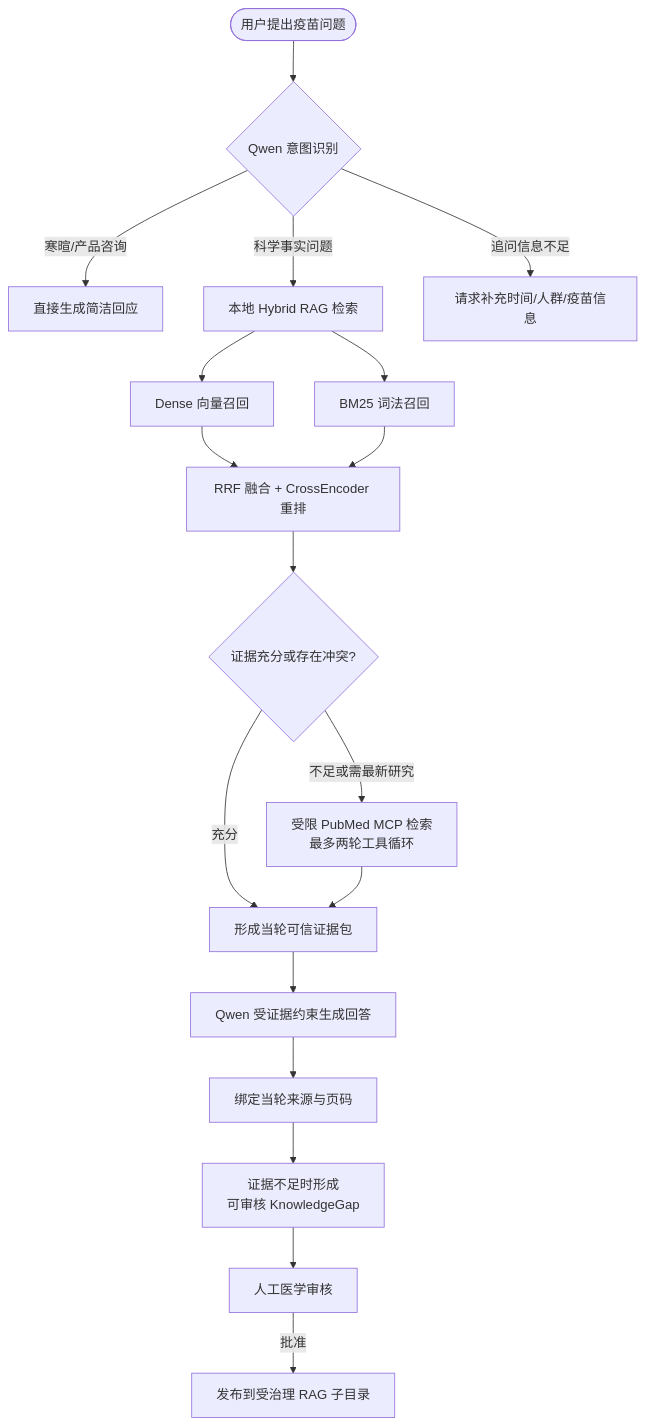
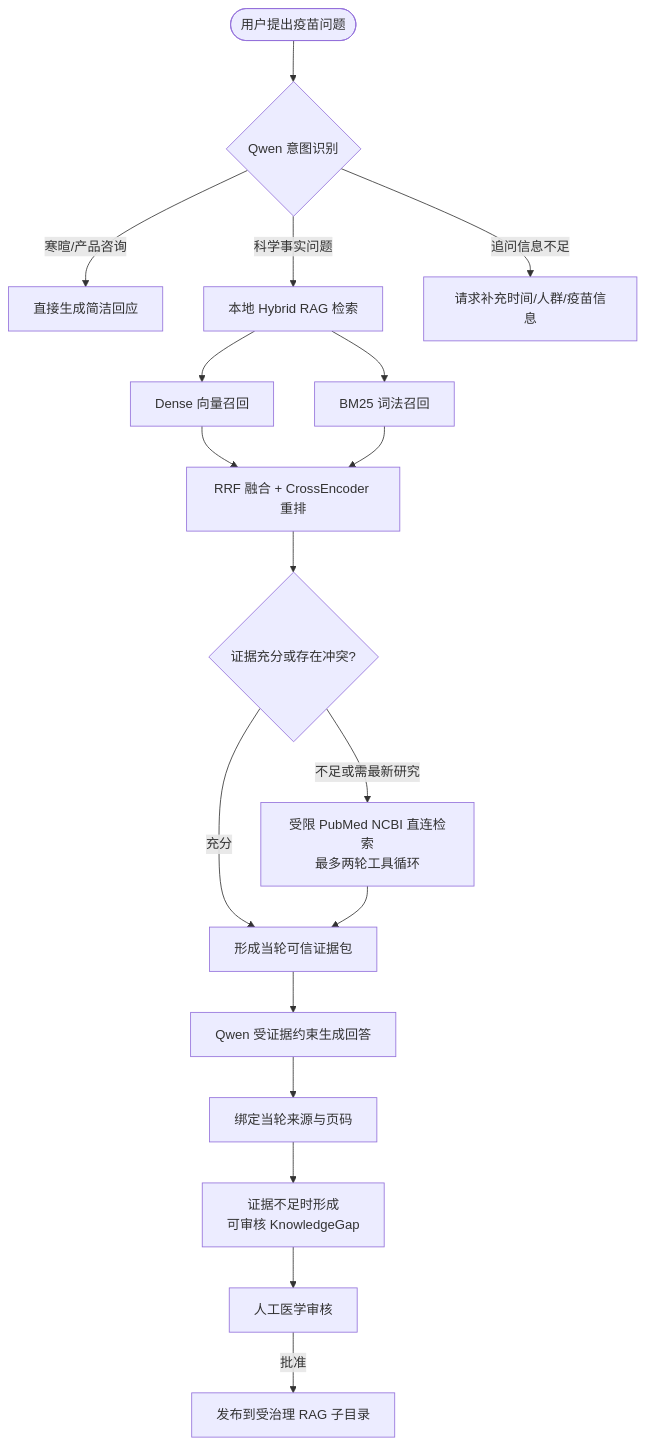
The first of 3 diagrams in README.md (bannnnnddse/vaccine-ai-yimiaozhihui), drawn with Mermaid before and after one commit. The commit also changed other lines of this file and 67 other files, not shown here.

First line of the commit message:
Improve PubMed retrieval, citation validation and conversation lifecycle

````diff
--- a/README.md
+++ b/README.md
@@ -29,22 +29,22 @@
 ```mermaid
 flowchart TB
     user([用户提出疫苗问题]) --> router{Qwen 意图识别}
     router -->|寒暄/产品咨询| direct[直接生成简洁回应]
     router -->|科学事实问题| rag[本地 Hybrid RAG 检索]
     router -->|追问信息不足| clarify[请求补充时间/人群/疫苗信息]
 
     rag --> dense[Dense 向量召回]
     rag --> bm25[BM25 词法召回]
     dense --> rrf[RRF 融合 + CrossEncoder 重排]
     bm25 --> rrf
     rrf --> assess{证据充分或存在冲突?}
 
-    assess -->|不足或需最新研究| pubmed[受限 PubMed MCP 检索<br/>最多两轮工具循环]
+    assess -->|不足或需最新研究| pubmed[受限 PubMed NCBI 直连检索<br/>最多两轮工具循环]
     assess -->|充分| pack[形成当轮可信证据包]
     pubmed --> pack
     pack --> answer[Qwen 受证据约束生成回答]
     answer --> sources[绑定当轮来源与页码]
     sources --> gap[证据不足时形成<br/>可审核 KnowledgeGap]
     gap --> review[人工医学审核]
     review -->|批准| publish[发布到受治理 RAG 子目录]
 ```
````
